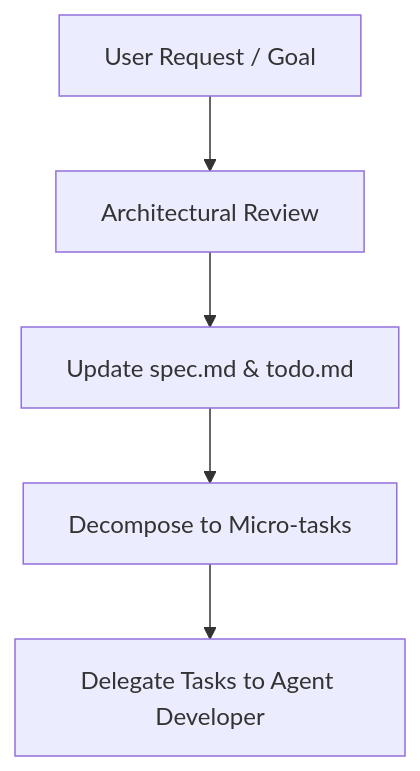
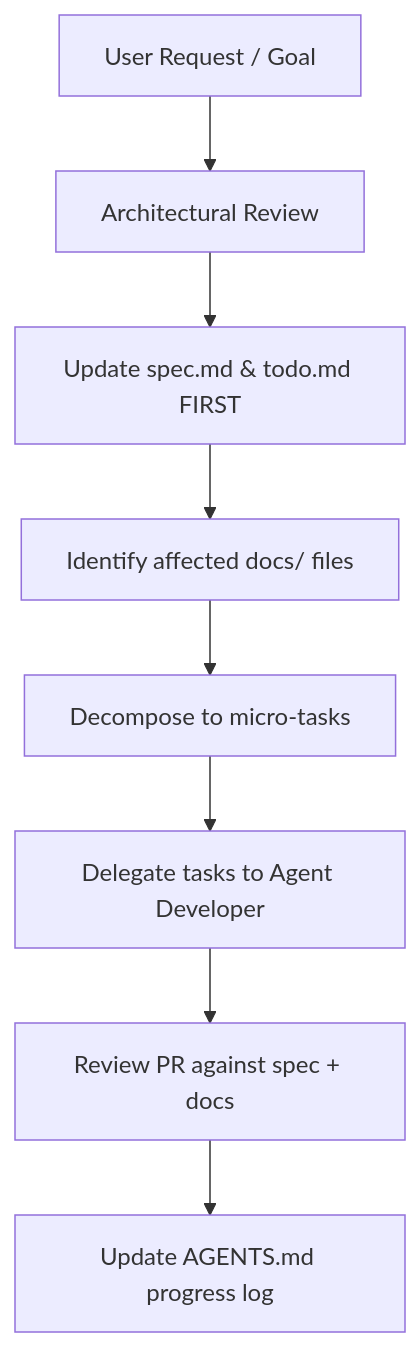
The diagram in docs/agents/agent_leader.md (iflcosta/baiak-yourots), drawn with Mermaid before and after one commit. The commit also changed other lines of this file and 21 other files, not shown here.

````diff
--- a/docs/agents/agent_leader.md
+++ b/docs/agents/agent_leader.md
@@ -22,7 +53,10 @@
 ```mermaid
 graph TD
     UserRequest[User Request / Goal] --> Analyze[Architectural Review]
-    Analyze --> UpdateDocs[Update spec.md & todo.md]
-    UpdateDocs --> TaskDecomposition[Decompose to Micro-tasks]
-    TaskDecomposition --> Handoff[Delegate Tasks to Agent Developer]
+    Analyze --> UpdateSpec[Update spec.md & todo.md FIRST]
+    UpdateSpec --> DocCheck[Identify affected docs/ files]
+    DocCheck --> TaskDecomposition[Decompose to micro-tasks]
+    TaskDecomposition --> Handoff[Delegate tasks to Agent Developer]
+    Handoff --> Review[Review PR against spec + docs]
+    Review --> Log[Update AGENTS.md progress log]
 ```
````
